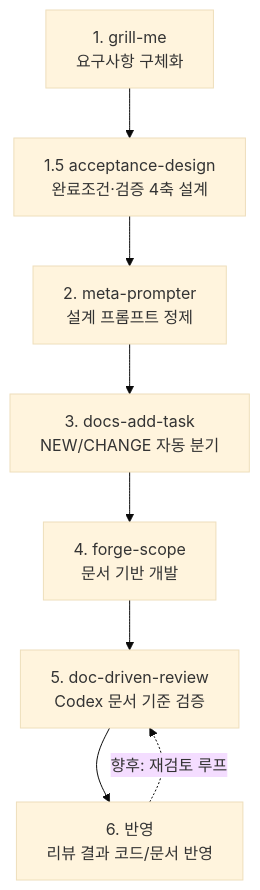
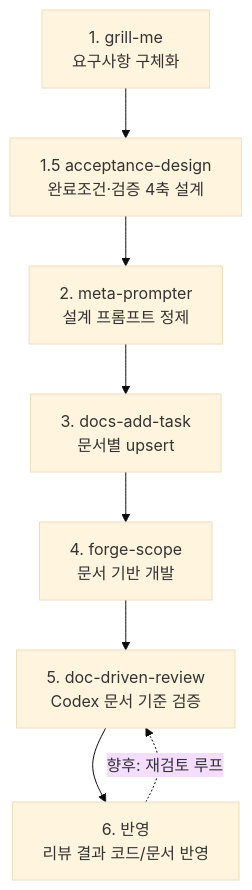
The diagram in docs/DEVELOPMENT_PIPELINE.md (JaeCheon8587/Claudecode-For-Me), drawn with Mermaid (base theme) before and after one commit. The commit also changed other lines of this file and 7 other files, not shown here.

First line of the commit message:
[ADD] docs-add-task 요구사항 정합 자기검증 루프 + 문서별 upsert 통합 (plugin v2.13.0)

````diff
--- a/docs/DEVELOPMENT_PIPELINE.md
+++ b/docs/DEVELOPMENT_PIPELINE.md
@@ -28,10 +28,10 @@
 ```mermaid
 flowchart TD
     A["1. grill-me<br/>요구사항 구체화"] --> A2["1.5 acceptance-design<br/>완료조건·검증 4축 설계"]
     A2 --> B["2. meta-prompter<br/>설계 프롬프트 정제"]
-    B --> C["3. docs-add-task<br/>NEW/CHANGE 자동 분기"]
+    B --> C["3. docs-add-task<br/>문서별 upsert"]
     C --> F["4. forge-scope<br/>문서 기반 개발"]
     F --> G["5. doc-driven-review<br/>Codex 문서 기준 검증"]
     G --> H["6. 반영<br/>리뷰 결과 코드/문서 반영"]
     H -.->|향후: 재검토 루프| G
 ```
````
